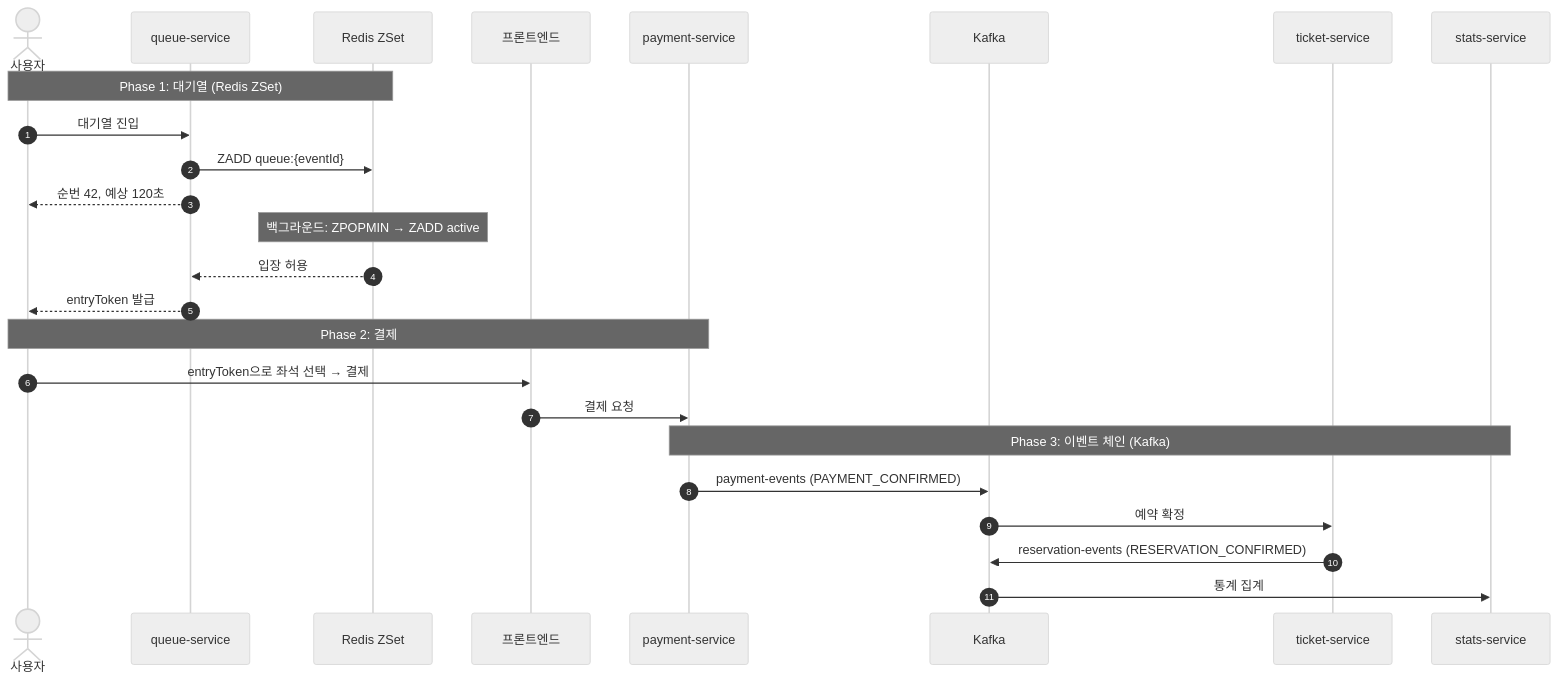
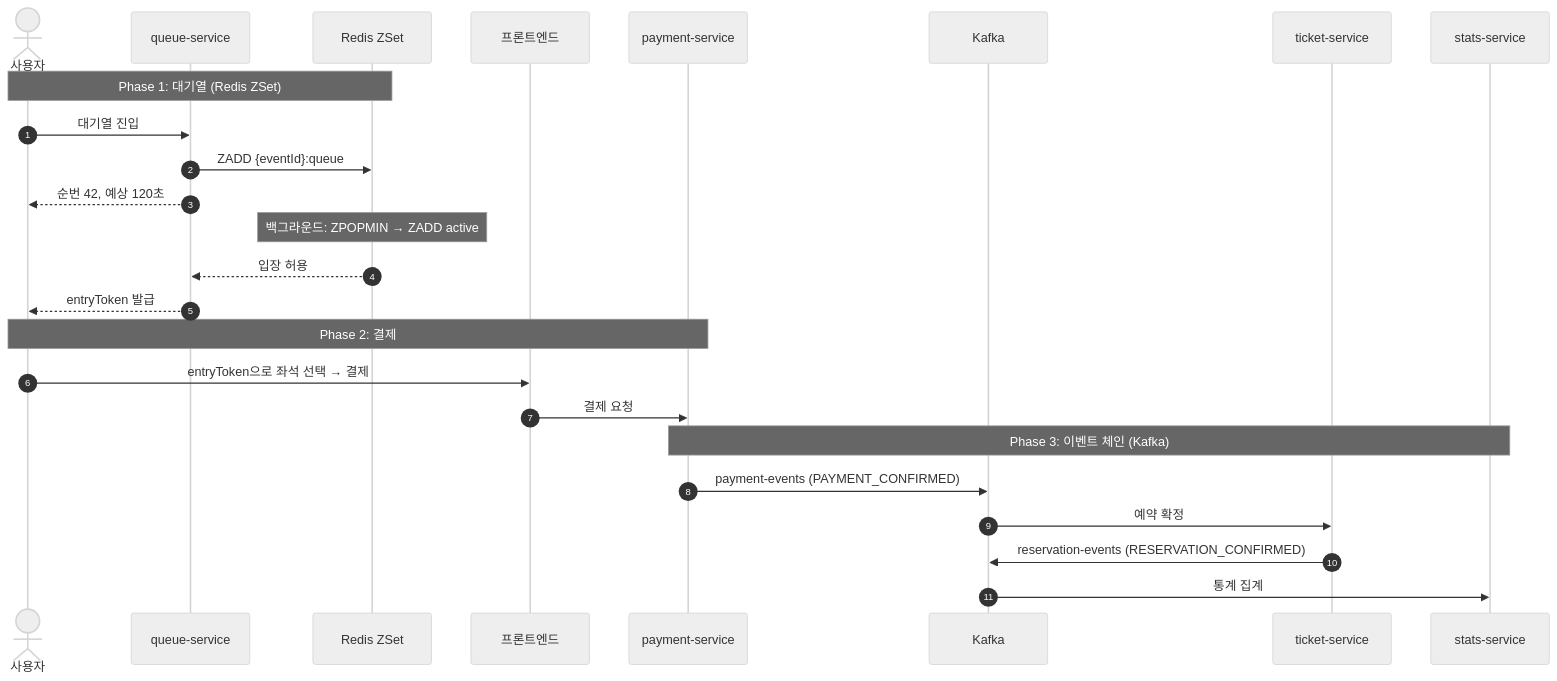
The fifth of 5 diagrams in docs/check8.md (cchriscode/URR), drawn with Mermaid (neutral theme) before and after one commit. The commit also changed other lines of this file and 103 other files, not shown here.

````diff
--- a/docs/check8.md
+++ b/docs/check8.md
@@ -1109,30 +1126,30 @@
 ```mermaid
 sequenceDiagram
   autonumber
   actor U as 사용자
   participant Q as queue-service
   participant R as Redis ZSet
   participant FE as 프론트엔드
   participant P as payment-service
   participant K as Kafka
   participant T as ticket-service
   participant ST as stats-service
 
   Note over U,R: Phase 1: 대기열 (Redis ZSet)
   U->>Q: 대기열 진입
-  Q->>R: ZADD queue:{eventId}
+  Q->>R: ZADD {eventId}:queue
   Q-->>U: 순번 42, 예상 120초
   Note over R: 백그라운드: ZPOPMIN → ZADD active
   R-->>Q: 입장 허용
   Q-->>U: entryToken 발급
 
   Note over U,P: Phase 2: 결제
   U->>FE: entryToken으로 좌석 선택 → 결제
   FE->>P: 결제 요청
 
   Note over P,ST: Phase 3: 이벤트 체인 (Kafka)
   P->>K: payment-events (PAYMENT_CONFIRMED)
   K->>T: 예약 확정
   T->>K: reservation-events (RESERVATION_CONFIRMED)
   K->>ST: 통계 집계
 ```
````
